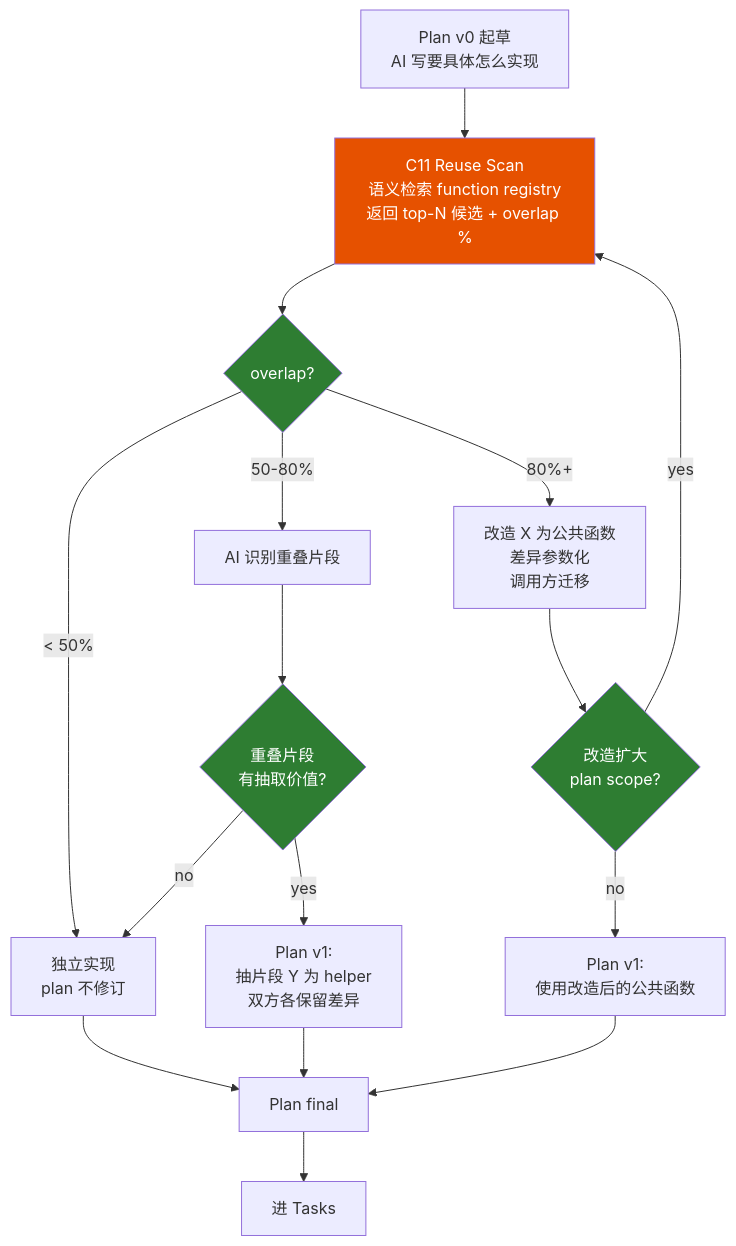
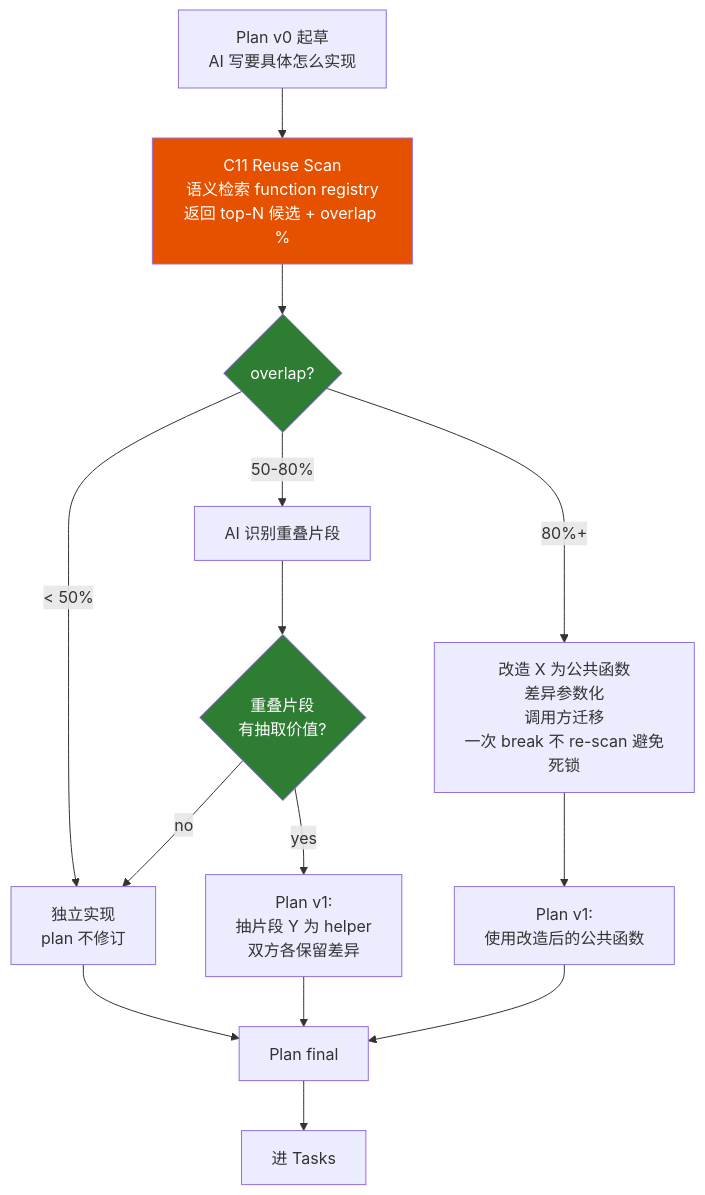
Before and after one commit to chinaszzt/suiyin-v4: the third of 11 diagrams in docs/sdd/diagrams.md, drawn with Mermaid. The commit also changed other lines of this file and 2 other files, not shown here.

First line of the commit message:
docs: 流程图 review + Fork J-S 全部拍板 (v0.3)

````diff
--- a/docs/sdd/diagrams.md
+++ b/docs/sdd/diagrams.md
@@ -76,27 +76,24 @@
 ```mermaid
 flowchart TD
     A[Plan v0 起草<br/>AI 写要具体怎么实现] --> B[C11 Reuse Scan<br/>语义检索 function registry<br/>返回 top-N 候选 + overlap %]
     B --> C{overlap?}
     
     C -->|< 50%| D[独立实现<br/>plan 不修订]
     
     C -->|50-80%| E[AI 识别重叠片段]
     E --> F{重叠片段<br/>有抽取价值?}
     F -->|yes| G[Plan v1:<br/>抽片段 Y 为 helper<br/>双方各保留差异]
     F -->|no| D
     
-    C -->|80%+| H[改造 X 为公共函数<br/>差异参数化<br/>调用方迁移]
-    H --> I{改造扩大<br/>plan scope?}
-    I -->|yes| B
-    I -->|no| J[Plan v1:<br/>使用改造后的公共函数]
+    C -->|80%+| H[改造 X 为公共函数<br/>差异参数化<br/>调用方迁移<br/>一次 break 不 re-scan 避免死锁]
+    H --> J[Plan v1:<br/>使用改造后的公共函数]
     
     D --> K[Plan final]
     G --> K
     J --> K
     K --> L[进 Tasks]
     
     style B fill:#E65100,color:#fff
     style C fill:#2E7D32,color:#fff
     style F fill:#2E7D32,color:#fff
-    style I fill:#2E7D32,color:#fff
 ```
````
